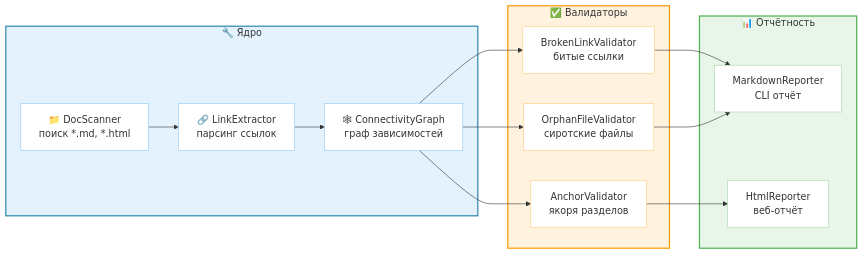
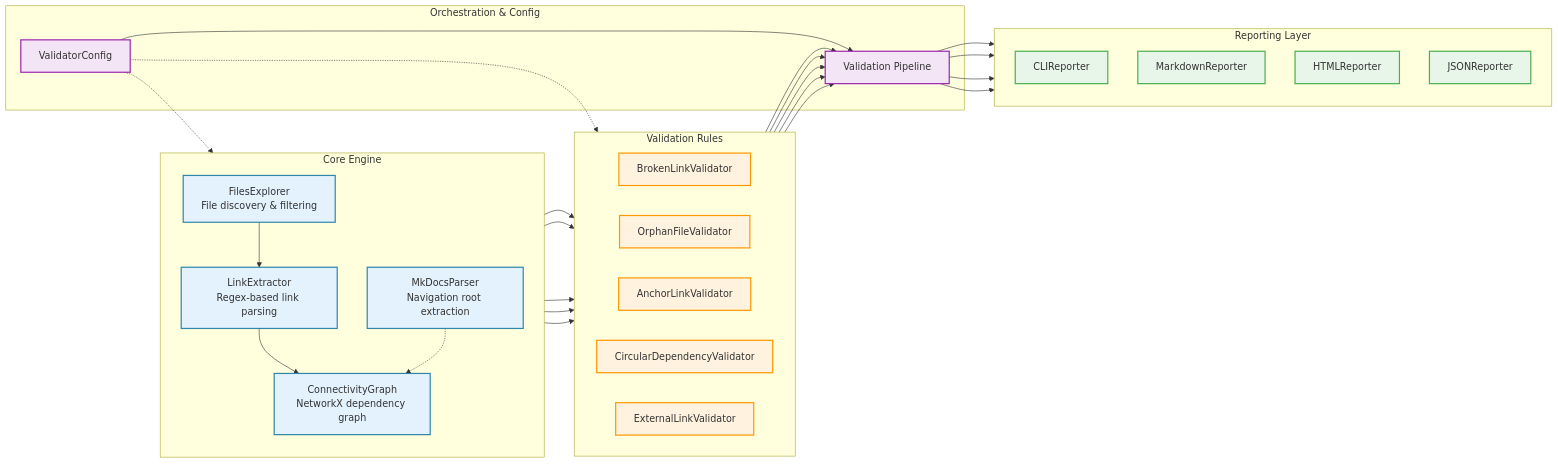
One commit to Nokhrin/docs-validator changed the second of 2 diagrams in docs/architecture.md. Above: the diagram before and after it, drawn with Mermaid. The commit also changed other lines of this file and 4 other files, not shown here.

Commit message:
docs: translate to English, consolidate guides, update architecture

````diff
--- a/docs/architecture.md
+++ b/docs/architecture.md
@@ -53,41 +47,55 @@
 ```mermaid
 flowchart LR
-    subgraph Core["🔧 Ядро"]
-        DocScanner[📁 DocScanner<br/>поиск *.md, *.html]
-        LinkExtractor[🔗 LinkExtractor<br/>парсинг ссылок]
-        DepGraph[🕸 ConnectivityGraph<br/>граф зависимостей]
+    subgraph Core ["Core Engine"]
+        direction TB
+        Explorer[FilesExplorer\nFile discovery & filtering]
+        Extractor[LinkExtractor\nRegex-based link parsing]
+        Graph[ConnectivityGraph\nNetworkX dependency graph]
+        MkDocs[MkDocsParser\nNavigation root extraction]
+        
+        Explorer --> Extractor --> Graph
+        MkDocs -.-> Graph
     end
+
+    subgraph Validators ["Validation Rules"]
+        direction LR
+        V1[BrokenLinkValidator]
+        V2[OrphanFileValidator]
+        V3[AnchorLinkValidator]
+        V4[CircularDependencyValidator]
+        V5[ExternalLinkValidator]
+    end
+
+    subgraph Reporters ["Reporting Layer"]
+        direction TB
+        R1[CLIReporter]
+        R2[MarkdownReporter]
+        R3[HTMLReporter]
+        R4[JSONReporter]
+    end
+
+    subgraph Orchestration ["Orchestration & Config"]
+        Pipeline[Validation Pipeline]
+        Config[ValidatorConfig]
+    end
+
+    %% Connections
+    Graph --> V1 & V2 & V3 & V4 & V5
+    V1 & V2 & V3 & V4 & V5 --> Pipeline
+    Pipeline --> R1 & R2 & R3 & R4
     
-    subgraph Validators["✅ Валидаторы"]
-        FileLinkValidator[BrokenLinkValidator<br/>битые ссылки]
-        OrphanValidator[OrphanFileValidator<br/>сиротские файлы]
-        AnchorValidator[AnchorValidator<br/>якоря разделов]
-    end
-    
-    subgraph Reporters["📊 Отчётность"]
-        MdReport[MarkdownReporter<br/>CLI отчёт]
-        HtmlReport[HtmlReporter<br/>веб-отчёт]
-    end
-    
-    DocScanner --> LinkExtractor
-    LinkExtractor --> DepGraph
-    DepGraph --> FileLinkValidator
-    DepGraph --> OrphanValidator
-    DepGraph --> AnchorValidator
-    
-    FileLinkValidator --> MdReport
-    OrphanValidator --> MdReport
-    AnchorValidator --> HtmlReport
-    
-    style Core fill:#E3F2FD,color:#333,stroke:#2E86AB,stroke-width:2px
-    style Validators fill:#FFF3E0,color:#333,stroke:#FF9800,stroke-width:2px
-    style Reporters fill:#E8F5E9,color:#333,stroke:#4CAF50,stroke-width:2px
-    style DocScanner fill:#FFFFFF,color:#333,stroke:#90CAF9,stroke-width:1px
-    style LinkExtractor fill:#FFFFFF,color:#333,stroke:#90CAF9,stroke-width:1px
-    style DepGraph fill:#FFFFFF,color:#333,stroke:#90CAF9,stroke-width:1px
-    style FileLinkValidator fill:#FFFFFF,color:#333,stroke:#FFCC80,stroke-width:1px
-    style OrphanValidator fill:#FFFFFF,color:#333,stroke:#FFCC80,stroke-width:1px
-    style AnchorValidator fill:#FFFFFF,color:#333,stroke:#FFCC80,stroke-width:1px
-    style MdReport fill:#FFFFFF,color:#333,stroke:#A5D6A7,stroke-width:1px
-    style HtmlReport fill:#FFFFFF,color:#333,stroke:#A5D6A7,stroke-width:1px
+    Config --> Pipeline
+    Config -.-> Explorer
+    Config -.-> V5
+
+    %% Styling
+    classDef core fill:#E3F2FD,stroke:#2E86AB,stroke-width:2px,color:#333
+    classDef validators fill:#FFF3E0,stroke:#FF9800,stroke-width:2px,color:#333
+    classDef reporters fill:#E8F5E9,stroke:#4CAF50,stroke-width:2px,color:#333
+    classDef orchestration fill:#F3E5F5,stroke:#9C27B0,stroke-width:2px,color:#333
+
+    class Explorer,Extractor,Graph,MkDocs core
+    class V1,V2,V3,V4,V5 validators
+    class R1,R2,R3,R4 reporters
+    class Pipeline,Config orchestration
 ```
````
